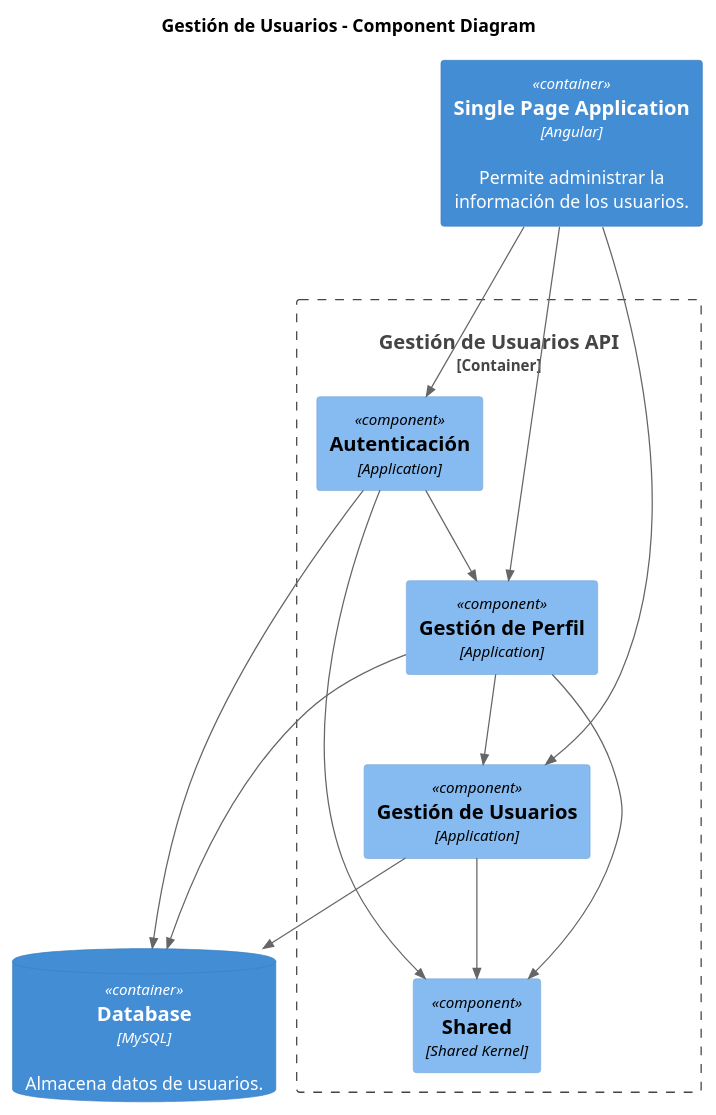
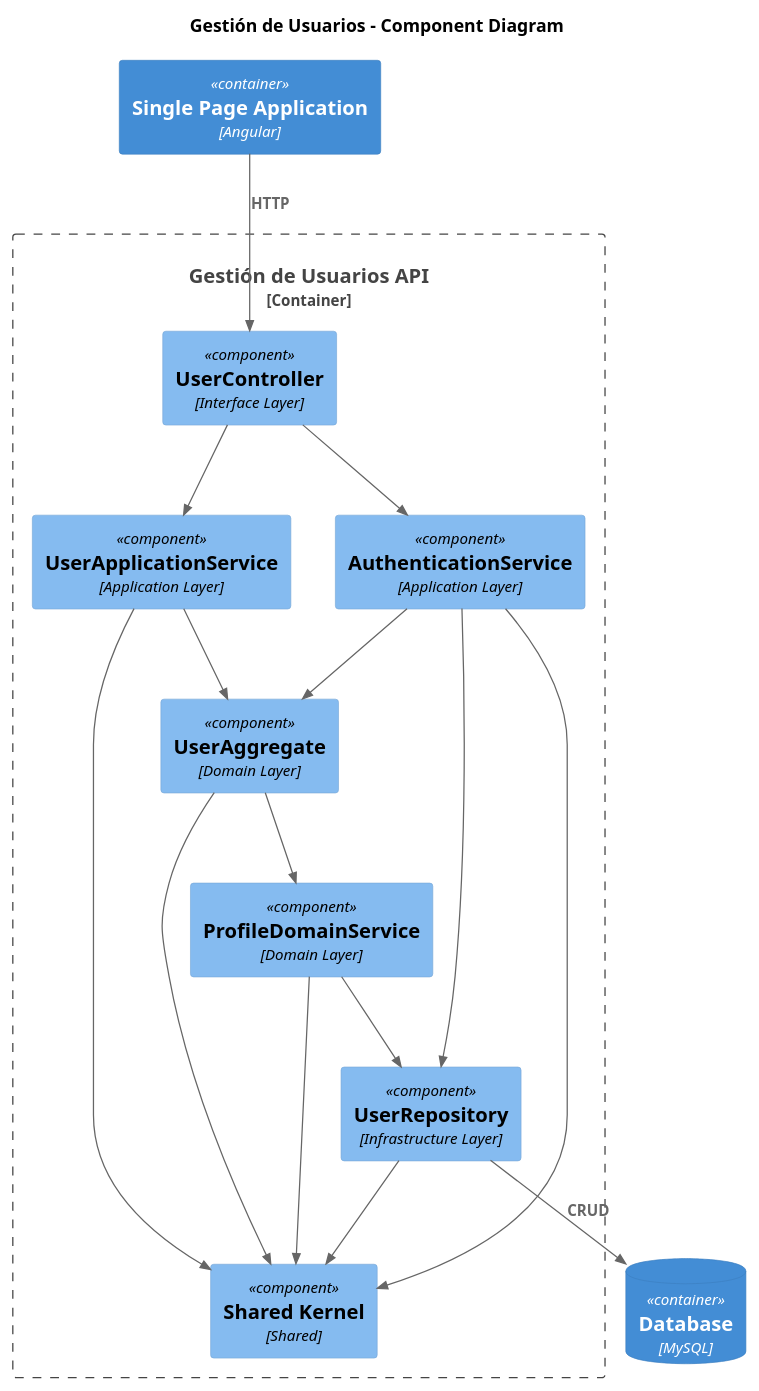
The diagram in C4/C4_Boundex_Nivel3/Gestion_User.puml (Angel-J11/UML-PROYECTO), drawn with PlantUML before and after one commit. The commit also changed 4 other files, not shown here.

```diff
--- a/C4/C4_Boundex_Nivel3/Gestion_User.puml
+++ b/C4/C4_Boundex_Nivel3/Gestion_User.puml
@@ -1,33 +1,42 @@
 @startuml "Gestión de Usuarios - Components"
 !includeurl https://raw.githubusercontent.com/plantuml-stdlib/C4-PlantUML/master/C4_Component.puml
 
 title Gestión de Usuarios - Component Diagram
 
-Container(spa, "Single Page Application", "Angular", "Permite administrar la información de los usuarios.")
-ContainerDb(db, "Database", "MySQL", "Almacena datos de usuarios.")
+Container(spa, "Single Page Application", "Angular")
+ContainerDb(db, "Database", "MySQL")
 
 Container_Boundary(api, "Gestión de Usuarios API") {
 
-    Component(authentication, "Autenticación", "Application")
-    Component(profile, "Gestión de Perfil", "Application")
-    Component(users, "Gestión de Usuarios", "Application")
-    Component(shared, "Shared", "Shared Kernel")
+    Component(userController, "UserController", "Interface Layer")
+    Component(userApplicationService, "UserApplicationService", "Application Layer")
+    Component(authenticationService, "AuthenticationService", "Application Layer")
+    Component(userAggregate, "UserAggregate", "Domain Layer")
+    Component(profileDomainService, "ProfileDomainService", "Domain Layer")
+    Component(userRepository, "UserRepository", "Infrastructure Layer")
+    Component(sharedKernel, "Shared Kernel", "Shared")
 
 }
 
-Rel(spa, authentication, "")
-Rel(spa, profile, "")
-Rel(spa, users, "")
+Rel(spa, userController, "HTTP")
 
-Rel(authentication, profile, "")
-Rel(profile, users, "")
+Rel(userController, userApplicationService, "")
+Rel(userController, authenticationService, "")
 
-Rel(authentication, shared, "")
-Rel(profile, shared, "")
-Rel(users, shared, "")
+Rel(userApplicationService, userAggregate, "")
+Rel(authenticationService, userAggregate, "")
 
-Rel(authentication, db, "")
-Rel(profile, db, "")
-Rel(users, db, "")
+Rel(userAggregate, profileDomainService, "")
+
+Rel(profileDomainService, userRepository, "")
+Rel(authenticationService, userRepository, "")
+
+Rel(userRepository, db, "CRUD")
+
+Rel(userApplicationService, sharedKernel, "")
+Rel(authenticationService, sharedKernel, "")
+Rel(userAggregate, sharedKernel, "")
+Rel(profileDomainService, sharedKernel, "")
+Rel(userRepository, sharedKernel, "")
 
 @enduml
```
